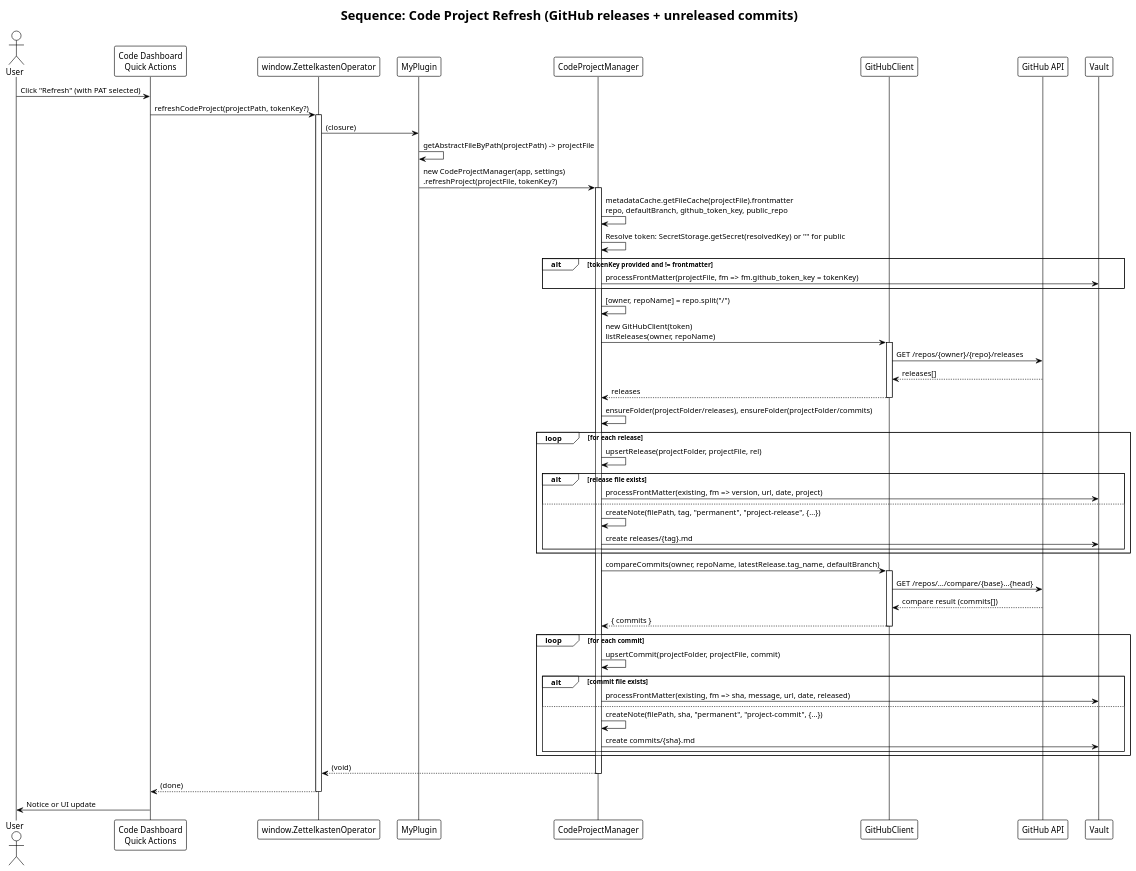
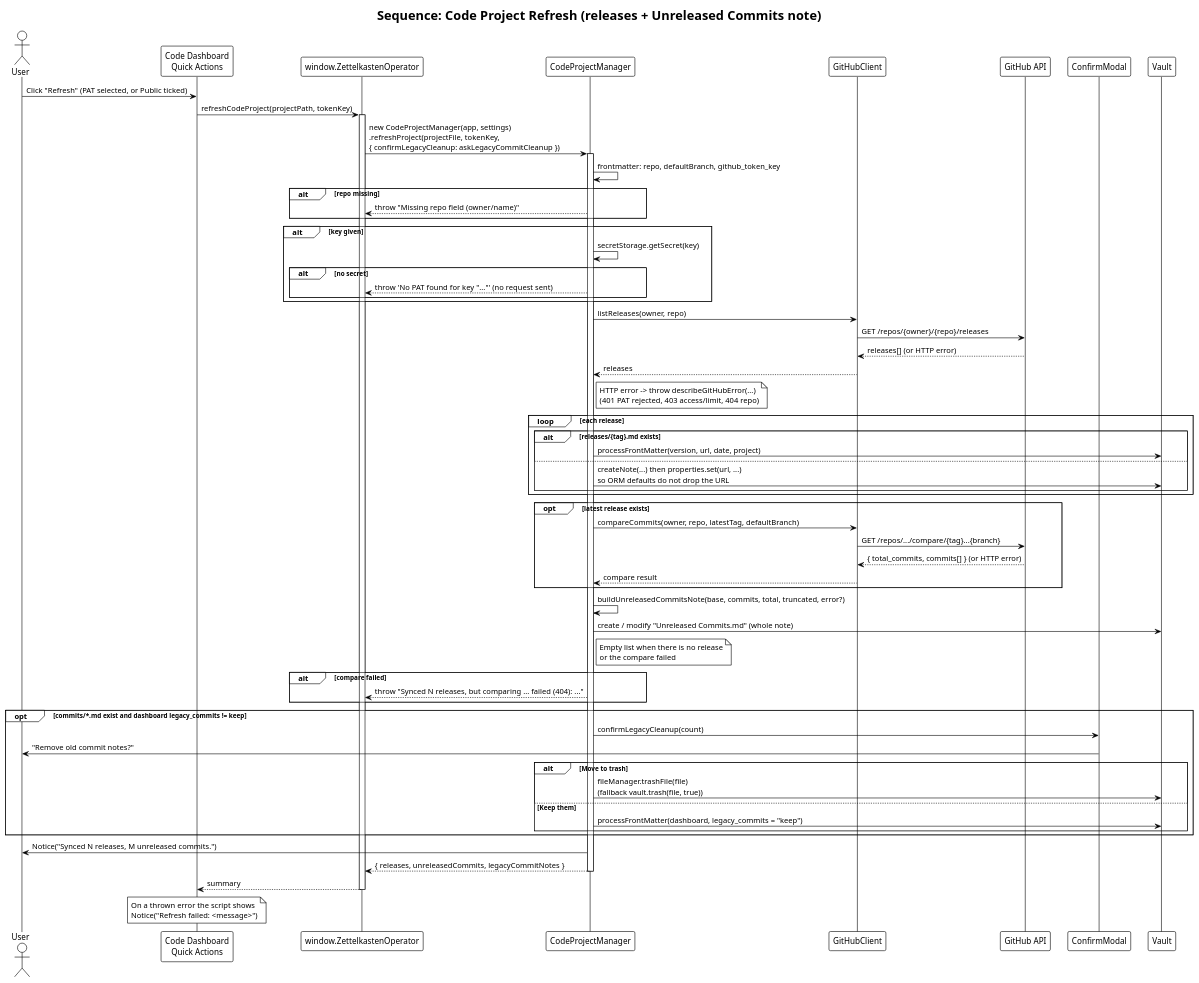
Before and after one commit to stone-home/Obsidian-Plugin-Zettelkasten-Note-Operator: the diagram in docs/diagrams/sequence-code-refresh.puml, drawn with PlantUML. The commit also changed 74 other files, not shown here.

First line of the commit message:
feat: pull files from github, single-commit push, settings restyle and fixes (#13)

```diff
--- a/docs/diagrams/sequence-code-refresh.puml
+++ b/docs/diagrams/sequence-code-refresh.puml
@@ -1,69 +1,77 @@
 @startuml sequence-code-refresh
 !theme plain
-title Sequence: Code Project Refresh (GitHub releases + unreleased commits)
+title Sequence: Code Project Refresh (releases + Unreleased Commits note)
 
 actor User
 participant "Code Dashboard\nQuick Actions" as Block
 participant "window.ZettelkastenOperator" as API
-participant "MyPlugin" as Plugin
 participant "CodeProjectManager" as CM
 participant "GitHubClient" as GH
 participant "GitHub API" as GitHub
+participant "ConfirmModal" as Confirm
 participant "Vault" as Vault
 
-User -> Block : Click "Refresh" (with PAT selected)
-Block -> API : refreshCodeProject(projectPath, tokenKey?)
+User -> Block : Click "Refresh" (PAT selected, or Public ticked)
+Block -> API : refreshCodeProject(projectPath, tokenKey)
 activate API
-API -> Plugin : (closure)
-Plugin -> Plugin : getAbstractFileByPath(projectPath) -> projectFile
-Plugin -> CM : new CodeProjectManager(app, settings)\n.refreshProject(projectFile, tokenKey?)
+API -> CM : new CodeProjectManager(app, settings)\n.refreshProject(projectFile, tokenKey,\n{ confirmLegacyCleanup: askLegacyCommitCleanup })
 activate CM
 
-CM -> CM : metadataCache.getFileCache(projectFile).frontmatter\nrepo, defaultBranch, github_token_key, public_repo
-CM -> CM : Resolve token: SecretStorage.getSecret(resolvedKey) or "" for public
-alt tokenKey provided and != frontmatter
-  CM -> Vault : processFrontMatter(projectFile, fm => fm.github_token_key = tokenKey)
+CM -> CM : frontmatter: repo, defaultBranch, github_token_key
+alt repo missing
+  CM --> API : throw "Missing repo field (owner/name)"
 end
-CM -> CM : [owner, repoName] = repo.split("/")
-CM -> GH : new GitHubClient(token)\nlistReleases(owner, repoName)
-activate GH
-GH -> GitHub : GET /repos/{owner}/{repo}/releases
-GitHub --> GH : releases[]
-GH --> CM : releases
-deactivate GH
-
-CM -> CM : ensureFolder(projectFolder/releases), ensureFolder(projectFolder/commits)
-loop for each release
-  CM -> CM : upsertRelease(projectFolder, projectFile, rel)
-  alt release file exists
-    CM -> Vault : processFrontMatter(existing, fm => version, url, date, project)
-  else
-    CM -> CM : createNote(filePath, tag, "permanent", "project-release", {...})
-    CM -> Vault : create releases/{tag}.md
+alt key given
+  CM -> CM : secretStorage.getSecret(key)
+  alt no secret
+    CM --> API : throw 'No PAT found for key "..."' (no request sent)
   end
 end
 
-CM -> GH : compareCommits(owner, repoName, latestRelease.tag_name, defaultBranch)
-activate GH
-GH -> GitHub : GET /repos/.../compare/{base}...{head}
-GitHub --> GH : compare result (commits[])
-GH --> CM : { commits }
-deactivate GH
+CM -> GH : listReleases(owner, repo)
+GH -> GitHub : GET /repos/{owner}/{repo}/releases
+GitHub --> GH : releases[] (or HTTP error)
+GH --> CM : releases
+note right of CM : HTTP error -> throw describeGitHubError(...)\n(401 PAT rejected, 403 access/limit, 404 repo)
 
-loop for each commit
-  CM -> CM : upsertCommit(projectFolder, projectFile, commit)
-  alt commit file exists
-    CM -> Vault : processFrontMatter(existing, fm => sha, message, url, date, released)
+loop each release
+  alt releases/{tag}.md exists
+    CM -> Vault : processFrontMatter(version, url, date, project)
   else
-    CM -> CM : createNote(filePath, sha, "permanent", "project-commit", {...})
-    CM -> Vault : create commits/{sha}.md
+    CM -> Vault : createNote(...) then properties.set(url, ...)\nso ORM defaults do not drop the URL
   end
 end
 
-CM --> API : (void)
+opt latest release exists
+  CM -> GH : compareCommits(owner, repo, latestTag, defaultBranch)
+  GH -> GitHub : GET /repos/.../compare/{tag}...{branch}
+  GitHub --> GH : { total_commits, commits[] } (or HTTP error)
+  GH --> CM : compare result
+end
+
+CM -> CM : buildUnreleasedCommitsNote(base, commits, total, truncated, error?)
+CM -> Vault : create / modify "Unreleased Commits.md" (whole note)
+note right of CM : Empty list when there is no release\nor the compare failed
+
+alt compare failed
+  CM --> API : throw "Synced N releases, but comparing ... failed (404): ..."
+end
+
+opt commits/*.md exist and dashboard legacy_commits != keep
+  CM -> Confirm : confirmLegacyCleanup(count)
+  Confirm -> User : "Remove old commit notes?"
+  alt Move to trash
+    CM -> Vault : fileManager.trashFile(file)\n(fallback vault.trash(file, true))
+  else Keep them
+    CM -> Vault : processFrontMatter(dashboard, legacy_commits = "keep")
+  end
+end
+
+CM -> User : Notice("Synced N releases, M unreleased commits.")
+CM --> API : { releases, unreleasedCommits, legacyCommitNotes }
 deactivate CM
-API --> Block : (done)
+API --> Block : summary
 deactivate API
-Block -> User : Notice or UI update
+note over Block : On a thrown error the script shows\nNotice("Refresh failed: <message>")
 
 @enduml
```
